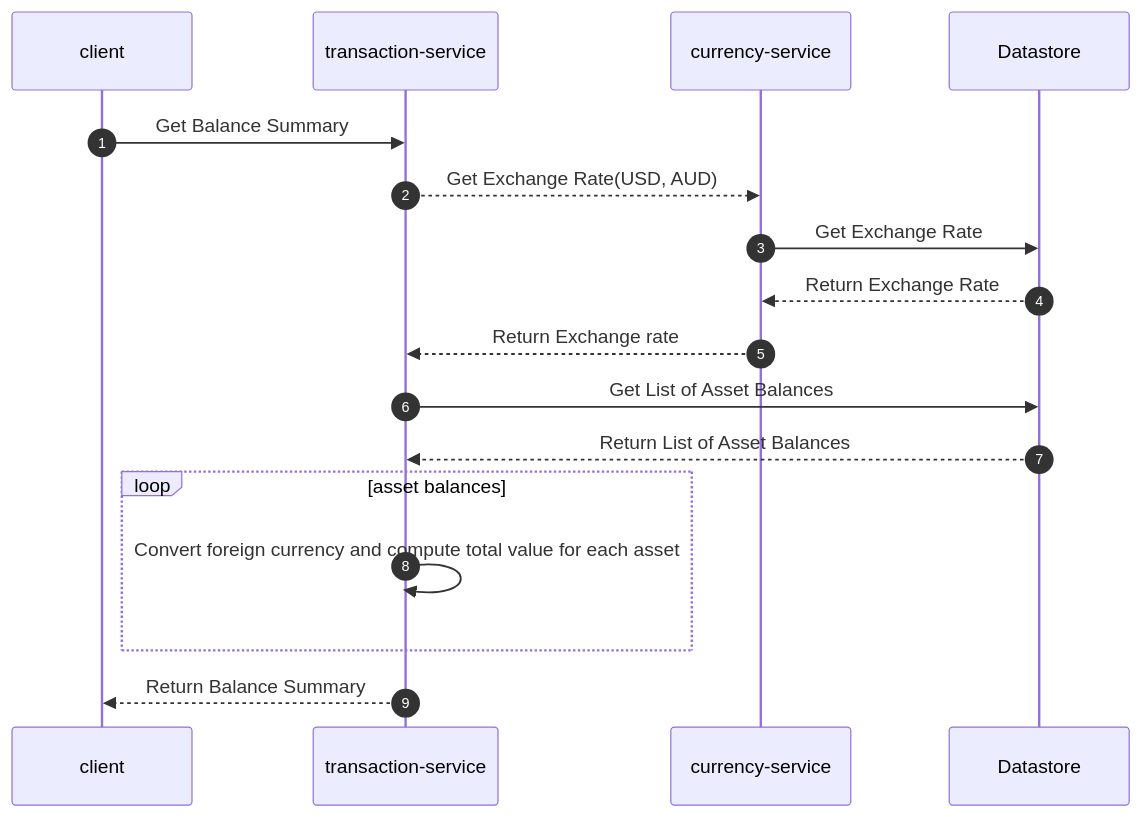
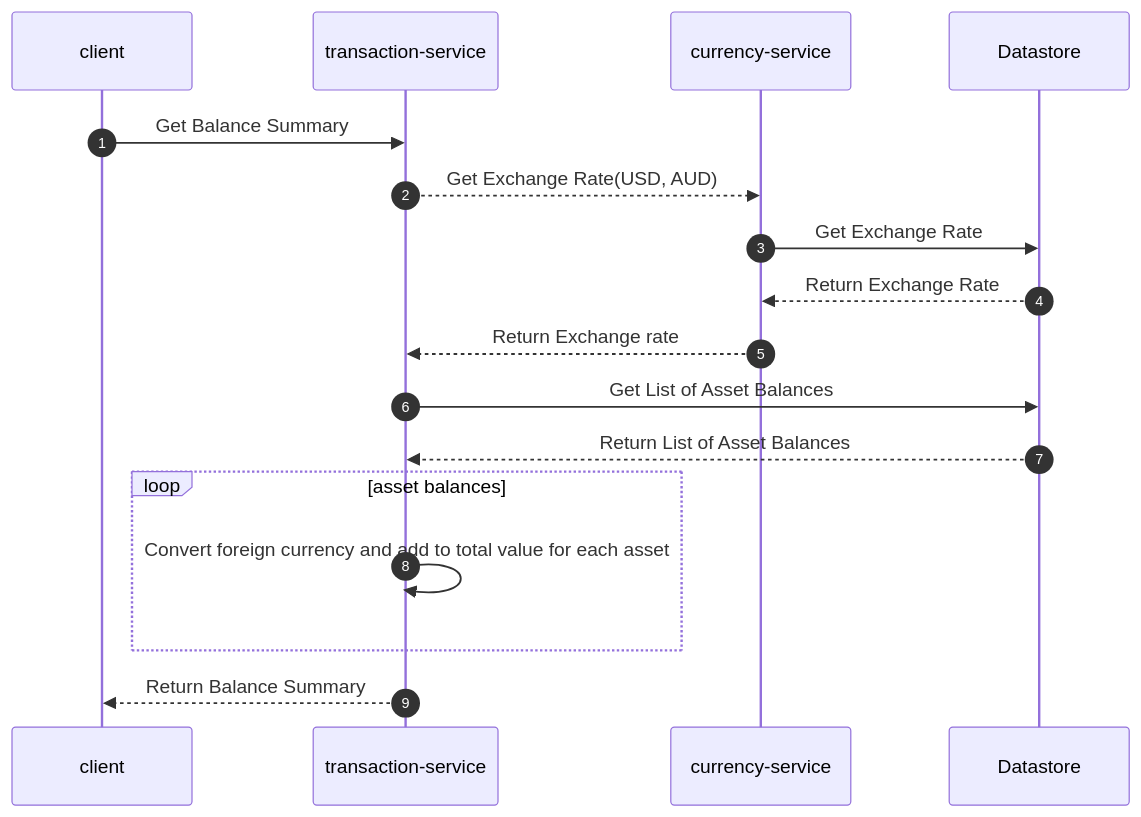
The diagram in transaction-service/README.md (garcios/asset-trak-portfolio), drawn with Mermaid before and after one commit.

````diff
--- a/transaction-service/README.md
+++ b/transaction-service/README.md
@@ -103,15 +103,15 @@
 ```mermaid
 sequenceDiagram
     autonumber
     client->>transaction-service: Get Balance Summary
     transaction-service-->>currency-service: Get Exchange Rate(USD, AUD)
     currency-service->>Datastore: Get Exchange Rate
     Datastore-->>currency-service: Return Exchange Rate
     currency-service-->>transaction-service: Return Exchange rate
     transaction-service->>Datastore: Get List of Asset Balances
     Datastore-->>transaction-service: Return List of Asset Balances 
     loop asset balances
-    transaction-service->>transaction-service: Convert foreign currency and compute total value for each asset
+    transaction-service->>transaction-service: Convert foreign currency and add to total value for each asset
     end
     transaction-service-->>client: Return Balance Summary
 ```
````
